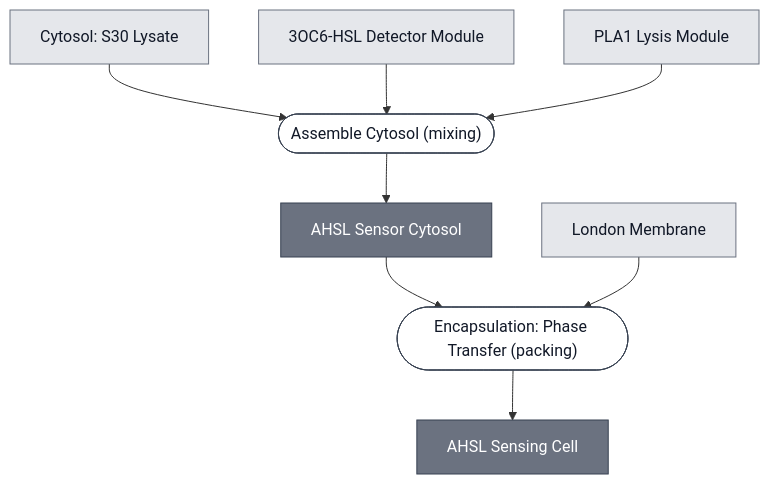
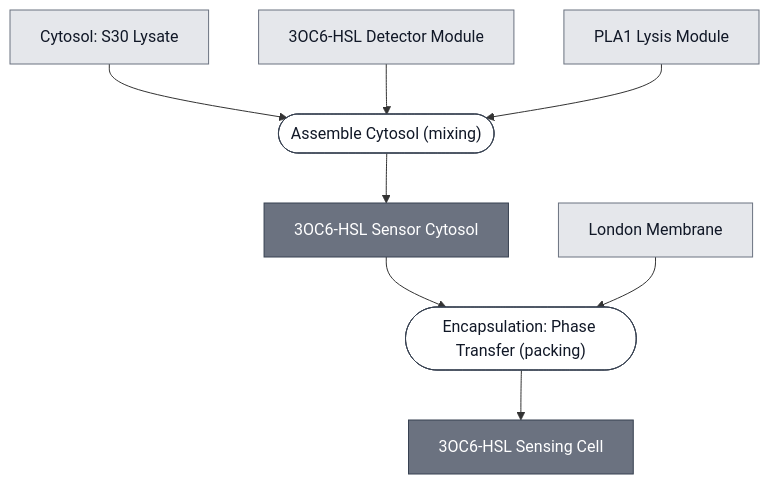
One commit to nucleus-eng/nucleus-docs changed the diagram in docs/modules/ahsl-sensing-cell/spec.md. Above: the diagram before and after it, drawn with Mermaid. The commit also changed other lines of this file and 36 other files, not shown here.

````diff
--- a/docs/modules/ahsl-sensing-cell/spec.md
+++ b/docs/modules/ahsl-sensing-cell/spec.md
@@ -29,38 +29,38 @@
 ```mermaid
 flowchart TD
     S30_LYSATE["Cytosol: S30 Lysate"]
     DETECTOR_3OC6_HSL["3OC6-HSL Detector Module"]
     EFFECTOR_PLA1["PLA1 Lysis Module"]
     MEMBRANE_POPC["London Membrane"]
 
     P1_ASSEMBLE_CYTOSOL_0(["Assemble Cytosol (mixing)"])
-    AHSL_SENSOR_CYTOSOL["AHSL Sensor Cytosol"]
+    AHSL_SENSOR_CYTOSOL["3OC6-HSL Sensor Cytosol"]
     P2_ENCAPSULATE_0(["Encapsulation: Phase Transfer (packing)"])
-    AHSL_SENSING_CELL["AHSL Sensing Cell"]
+    AHSL_SENSING_CELL["3OC6-HSL Sensing Cell"]
 
     S30_LYSATE --> P1_ASSEMBLE_CYTOSOL_0
     DETECTOR_3OC6_HSL --> P1_ASSEMBLE_CYTOSOL_0
     EFFECTOR_PLA1 --> P1_ASSEMBLE_CYTOSOL_0
     P1_ASSEMBLE_CYTOSOL_0 --> AHSL_SENSOR_CYTOSOL
 
     AHSL_SENSOR_CYTOSOL --> P2_ENCAPSULATE_0
     MEMBRANE_POPC --> P2_ENCAPSULATE_0
     P2_ENCAPSULATE_0 --> AHSL_SENSING_CELL
 
 
     classDef leaf     fill:#e5e7eb,stroke:#6b7280,color:#111827;
     classDef composed fill:#6b7280,stroke:#374151,color:#ffffff;
     classDef process  fill:#ffffff,stroke:#374151,color:#111827;
     class S30_LYSATE,DETECTOR_3OC6_HSL,EFFECTOR_PLA1,MEMBRANE_POPC leaf;
     class AHSL_SENSOR_CYTOSOL,AHSL_SENSING_CELL composed;
     class P1_ASSEMBLE_CYTOSOL_0,P2_ENCAPSULATE_0 process;
 
     click S30_LYSATE "/docs/modules/s30-lysate/spec"
     click DETECTOR_3OC6_HSL "/docs/modules/detector-3oc6-hsl/spec"
     click EFFECTOR_PLA1 "/docs/modules/effector-pla1/spec"
     click MEMBRANE_POPC "/docs/modules/membrane-popc/spec"
     click P1_ASSEMBLE_CYTOSOL_0 "/docs/processes/assemble-cytosol/assemble-cytosol-main"
     click AHSL_SENSOR_CYTOSOL "/docs/modules/ahsl-sensor-cytosol/spec"
     click P2_ENCAPSULATE_0 "/docs/processes/assemble-base-cell/main"
     click AHSL_SENSING_CELL "/docs/modules/ahsl-sensing-cell/spec"
 ```
````
